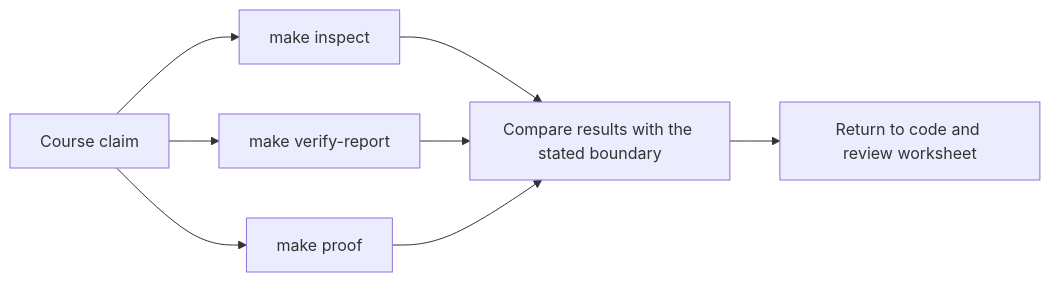
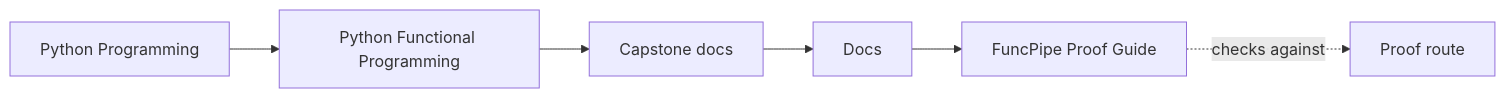
The first of 2 diagrams in programs/python-programming/python-functional-programming/capstone/docs/proof-guide.md (bijux/bijux-masterclass), drawn with Mermaid before and after one commit. The commit also changed other lines of this file and 108 other files, not shown here.

Commit message:
docs(python-functional-programming): map capstone and advanced design surfaces

````diff
--- a/programs/python-programming/python-functional-programming/capstone/docs/proof-guide.md
+++ b/programs/python-programming/python-functional-programming/capstone/docs/proof-guide.md
@@ -7,10 +7,12 @@
 ```mermaid
 graph LR
-  claim["Course claim"] --> inspect["make inspect"]
-  claim --> report["make verify-report"]
-  claim --> proof["make proof"]
-  inspect --> compare["Compare results with the stated boundary"]
-  report --> compare
-  proof --> compare
-  compare --> review["Return to code and review worksheet"]
+  family["Python Programming"]
+  program["Python Functional Programming"]
+  guide["Capstone docs"]
+  section["Docs"]
+  page["FuncPipe Proof Guide"]
+  proof["Proof route"]
+
+  family --> program --> guide --> section --> page
+  page -.checks against.-> proof
 ```
````
